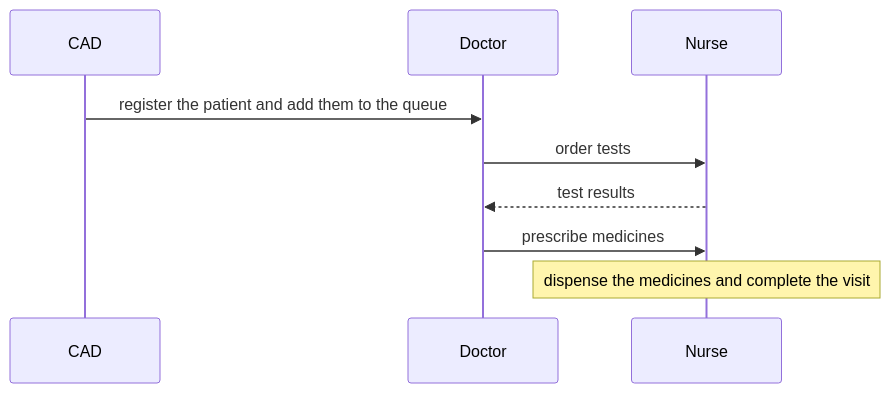
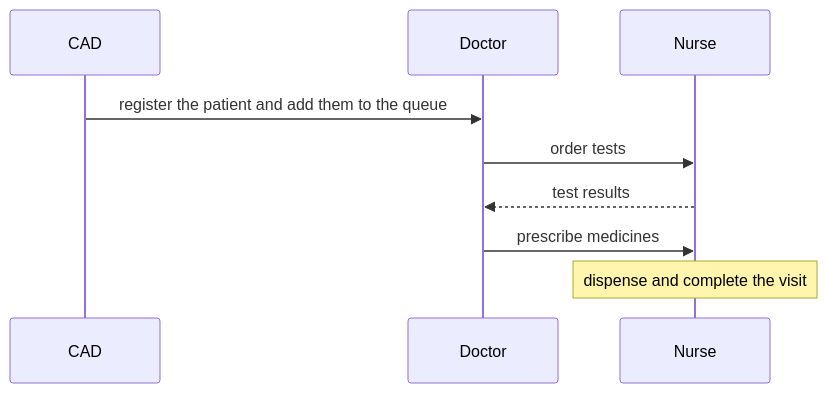
The diagram in README.md (bwhtech/bandhu_custom), drawn with Mermaid before and after one commit. The commit also changed other lines of this file and 8 other files, not shown here.

````diff
--- a/README.md
+++ b/README.md
@@ -33,12 +87,12 @@
 ```mermaid
 sequenceDiagram
     participant CAD
     participant Doctor
     participant Nurse
 
     CAD->>Doctor: register the patient and add them to the queue
     Doctor->>Nurse: order tests
     Nurse-->>Doctor: test results
     Doctor->>Nurse: prescribe medicines
-    Note over Nurse: dispense the medicines and complete the visit
+    Note over Nurse: dispense and complete the visit
 ```
````
